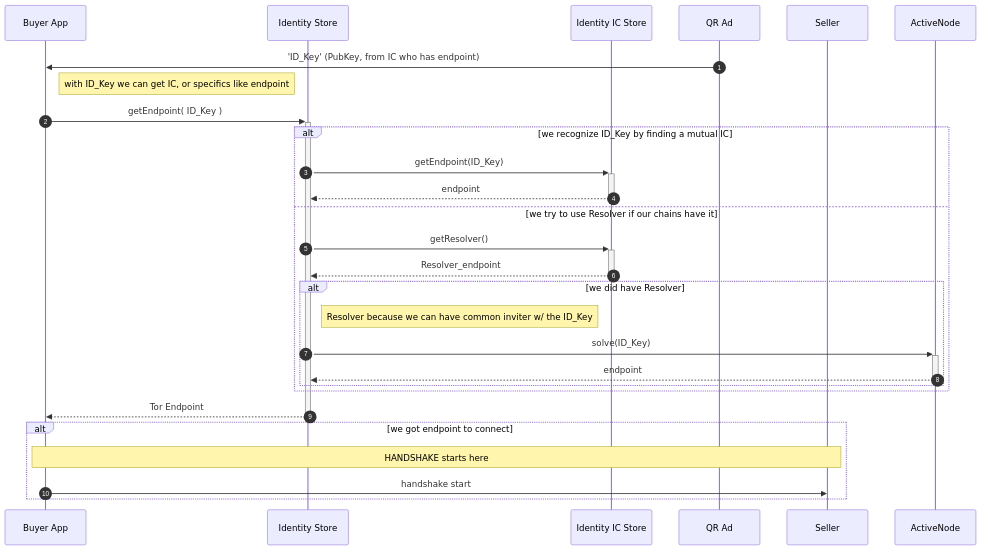
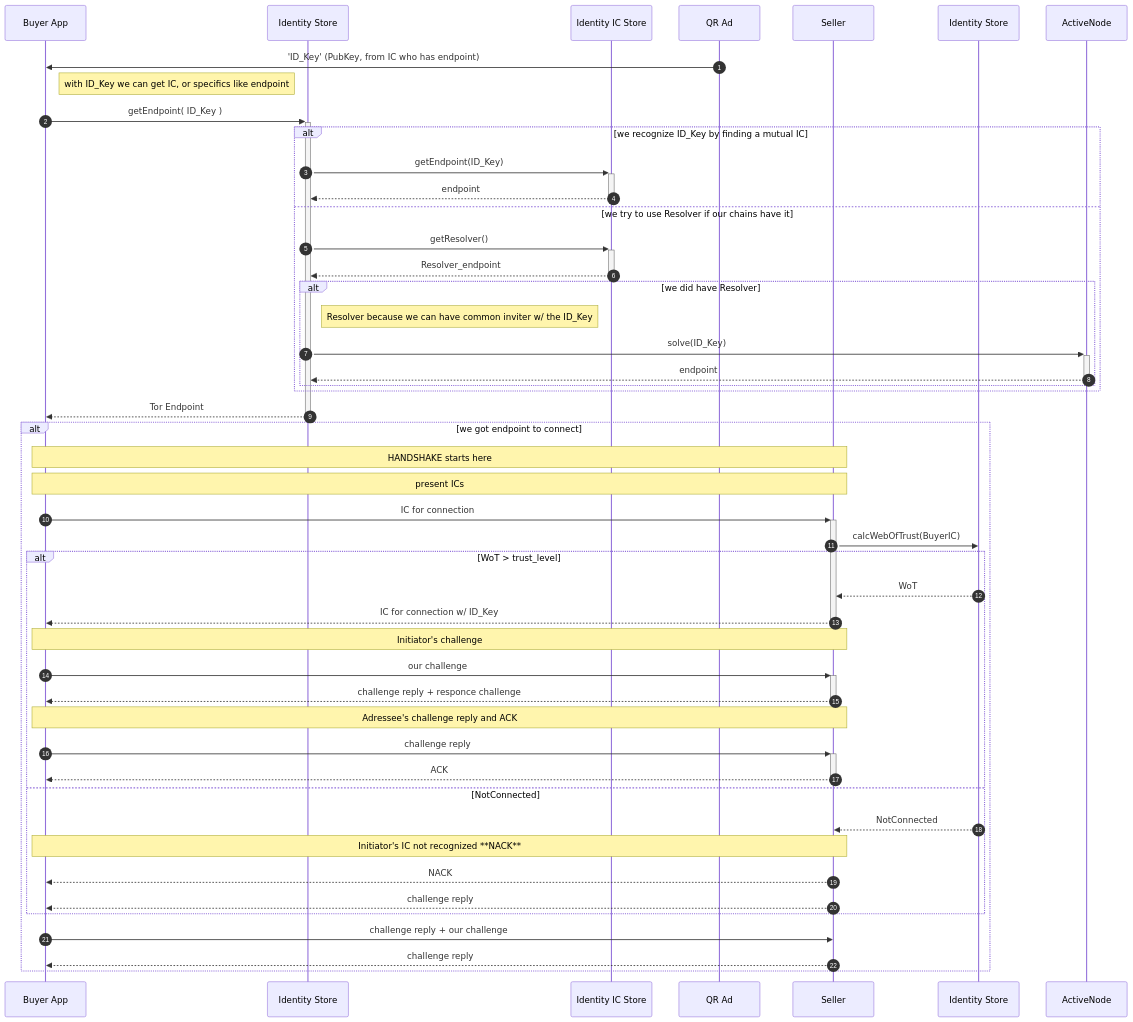
Before and after one commit to lainio/ic: the second of 2 diagrams in README.md, drawn with Mermaid.

Commit message:
mermaid handshake sequence final

````diff
--- a/README.md
+++ b/README.md
@@ -104,42 +104,70 @@
 ```mermaid
 sequenceDiagram
     autonumber
 
     participant Buyer as Buyer App
     participant IStore as Identity Store
     participant INode as Identity IC Store
 
     %% -- box won't work on hugo, or when this machine is running it --
     %% box Issuing Service
     participant QR_Code as QR Ad
     %% end
 
     participant Seller
+    participant SellerStore as Identity Store
     participant ActiveNode
 
     QR_Code ->> Buyer : 'ID_Key' (PubKey, from IC who has endpoint)
 
     note right of Buyer: with ID_Key we can get IC, or specifics like endpoint
     Buyer ->> +IStore: getEndpoint( ID_Key )
 
     alt we recognize ID_Key by finding a mutual IC
     IStore ->> +INode: getEndpoint(ID_Key)
     INode -->> -IStore: endpoint
     else we try to use Resolver if our chains have it
     IStore ->> +INode: getResolver()
     INode -->> -IStore: Resolver_endpoint
     alt we did have Resolver
     note right of IStore: Resolver because we can have common inviter w/ the ID_Key
     IStore ->> +ActiveNode: solve(ID_Key)
     ActiveNode -->> -IStore: endpoint
     end
     end
 
     IStore -->> -Buyer: Tor Endpoint
 
     alt we got endpoint to connect
+
     note over Buyer, Seller: HANDSHAKE starts here
-    Buyer ->> Seller: handshake start
+    note over Buyer, Seller: present ICs
+    Buyer ->> +Seller: IC for connection
+
+    Seller ->> SellerStore: calcWebOfTrust(BuyerIC)
+
+    alt WoT > trust_level
+    SellerStore -->> Seller: WoT
+
+    Seller -->> -Buyer: IC for connection w/ ID_Key
+
+    note over Buyer, Seller: Initiator's challenge
+    Buyer ->> +Seller:  our challenge
+    Seller -->> -Buyer: challenge reply + responce challenge
+
+    note over Buyer, Seller: Adressee's challenge reply and ACK
+    Buyer ->> +Seller:  challenge reply
+    Seller -->> -Buyer: ACK
+
+    else NotConnected
+    SellerStore -->> Seller: NotConnected
+
+    note over Buyer, Seller: Initiator's IC not recognized **NACK**
+    Seller -->> Buyer: NACK
+    Seller -->> Buyer: challenge reply
+    end
+    Buyer ->> Seller:  challenge reply + our challenge
+    Seller -->> Buyer: challenge reply
     end
 
 ```
````
